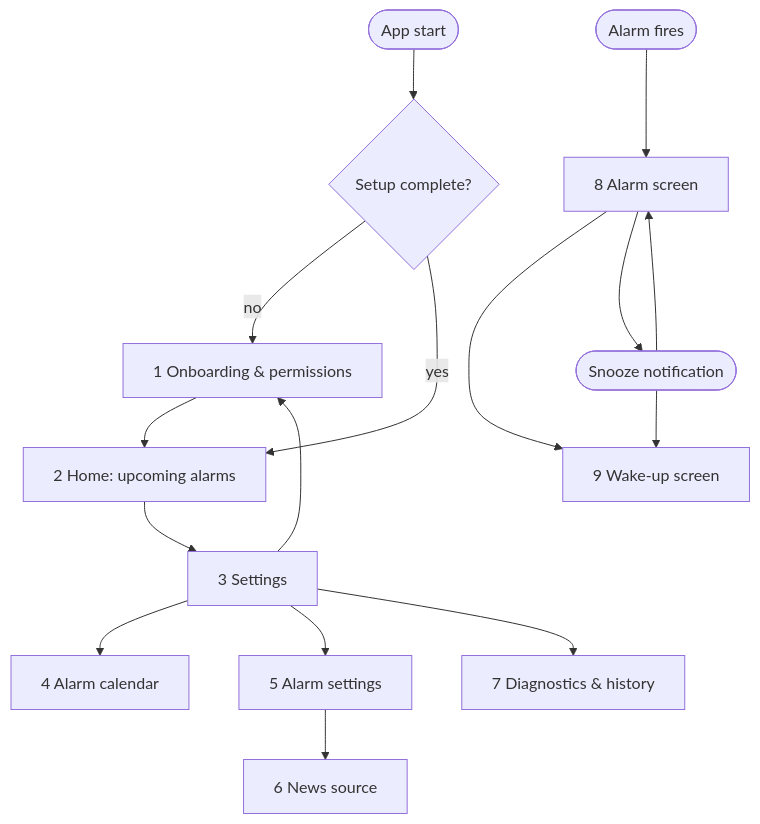
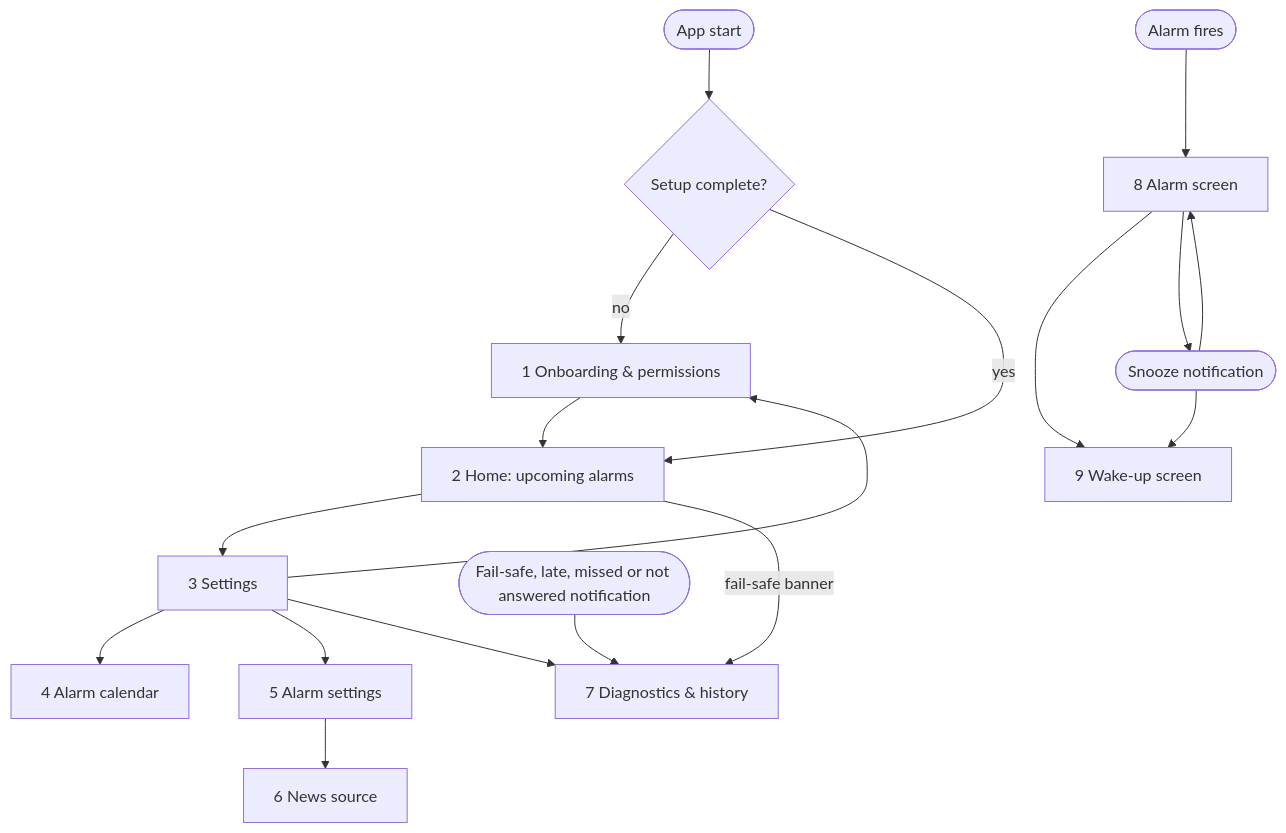
One commit to drehtuer/NextAlarmApp changed the diagram in docs/screens.md. Above: the diagram before and after it, drawn with Mermaid. The commit also changed 49 other files, not shown here.

````diff
--- a/docs/screens.md
+++ b/docs/screens.md
@@ -8,19 +8,21 @@
 ```mermaid
 flowchart TD
     Start([App start]) --> Check{Setup complete?}
     Check -- no --> Onb[1 Onboarding & permissions]
     Check -- yes --> Home[2 Home: upcoming alarms]
     Onb --> Home
     Home --> Settings[3 Settings]
     Settings --> Cal[4 Alarm calendar]
     Settings --> AlarmSet[5 Alarm settings]
     AlarmSet --> News[6 News source]
     Settings --> Diag[7 Diagnostics & history]
     Settings --> Onb
+    Home -- fail-safe banner --> Diag
+    Warn([Fail-safe, late, missed or not answered notification]) --> Diag
 
     Notif([Alarm fires]) --> Alarm[8 Alarm screen]
     Alarm --> Wake[9 Wake-up screen]
     Alarm --> SnoozeN([Snooze notification])
     SnoozeN --> Alarm
     SnoozeN --> Wake
 ```
````
